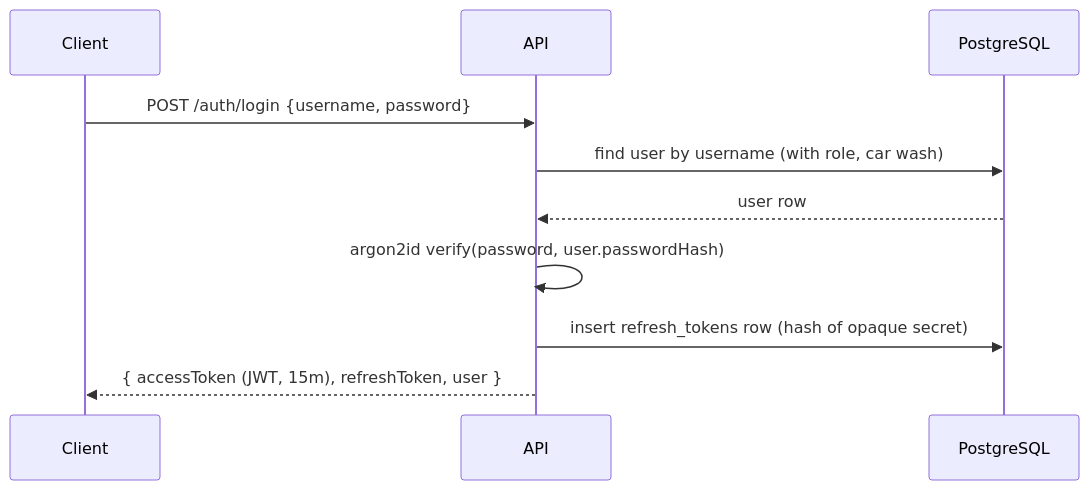
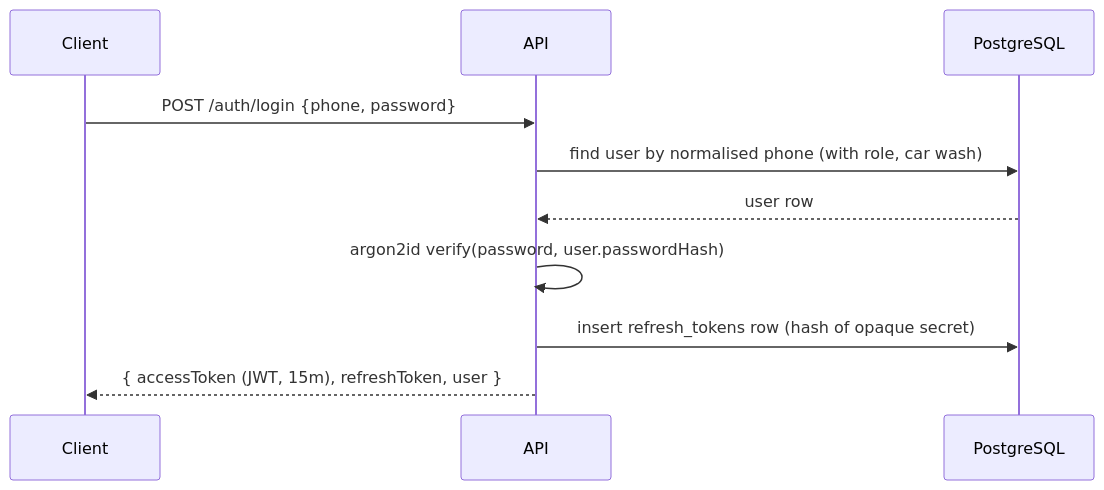
One commit to vjth8129/car-wash-mobile-apis changed the first of 3 diagrams in docs/authentication.md. Above: the diagram before and after it, drawn with Mermaid. The commit also changed other lines of this file and 57 other files, not shown here.

First line of the commit message:
Phone login, super-admin onboarding, payment QR, simpler order states

````diff
--- a/docs/authentication.md
+++ b/docs/authentication.md
@@ -5,13 +5,13 @@
 ```mermaid
 sequenceDiagram
     participant C as Client
     participant A as API
     participant DB as PostgreSQL
 
-    C->>A: POST /auth/login {username, password}
-    A->>DB: find user by username (with role, car wash)
+    C->>A: POST /auth/login {phone, password}
+    A->>DB: find user by normalised phone (with role, car wash)
     DB-->>A: user row
     A->>A: argon2id verify(password, user.passwordHash)
     A->>DB: insert refresh_tokens row (hash of opaque secret)
     A-->>C: { accessToken (JWT, 15m), refreshToken, user }
 ```
````
